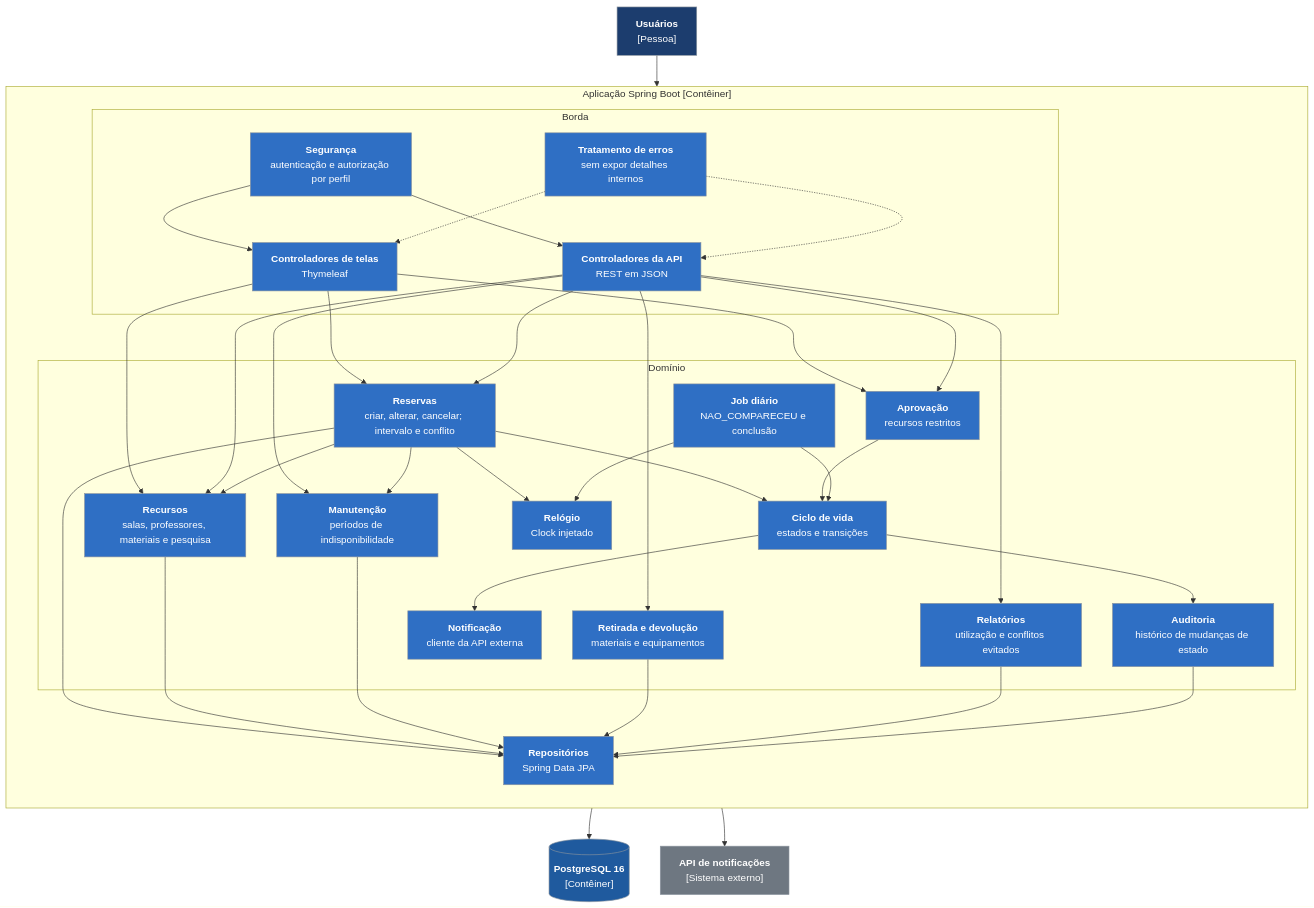
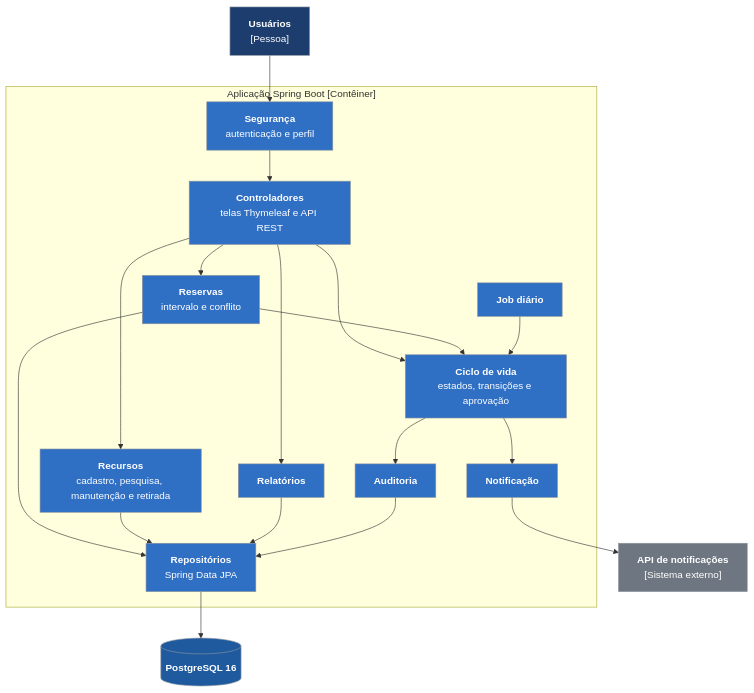
The third of 3 diagrams in docs/arquitetura.md (renatarsilva/projeto-qualidade-software-senac), drawn with Mermaid before and after one commit. The commit also changed other lines of this file, not shown here.

Commit message:
docs(arquitetura): simplifica o diagrama C4 de componentes (T-10)

````diff
--- a/docs/arquitetura.md
+++ b/docs/arquitetura.md
@@ -209,77 +209,45 @@
 ```mermaid
 flowchart TB
     usuarios["<b>Usuários</b><br/>[Pessoa]"]
 
     subgraph app["Aplicação Spring Boot [Contêiner]"]
-        direction TB
-
-        subgraph borda["Borda"]
-            seguranca["<b>Segurança</b><br/>autenticação e autorização por perfil"]
-            telas["<b>Controladores de telas</b><br/>Thymeleaf"]
-            api["<b>Controladores da API</b><br/>REST em JSON"]
-            erros["<b>Tratamento de erros</b><br/>sem expor detalhes internos"]
-        end
-
-        subgraph dominio["Domínio"]
-            reservas["<b>Reservas</b><br/>criar, alterar, cancelar; intervalo e conflito"]
-            ciclo["<b>Ciclo de vida</b><br/>estados e transições"]
-            aprovacao["<b>Aprovação</b><br/>recursos restritos"]
-            recursos["<b>Recursos</b><br/>salas, professores, materiais e pesquisa"]
-            manutencao["<b>Manutenção</b><br/>períodos de indisponibilidade"]
-            retirada["<b>Retirada e devolução</b><br/>materiais e equipamentos"]
-            relatorios["<b>Relatórios</b><br/>utilização e conflitos evitados"]
-            auditoria["<b>Auditoria</b><br/>histórico de mudanças de estado"]
-            notificacao["<b>Notificação</b><br/>cliente da API externa"]
-            job["<b>Job diário</b><br/>NAO_COMPARECEU e conclusão"]
-            relogio["<b>Relógio</b><br/>Clock injetado"]
-        end
-
+        seguranca["<b>Segurança</b><br/>autenticação e perfil"]
+        controladores["<b>Controladores</b><br/>telas Thymeleaf e API REST"]
+        reservas["<b>Reservas</b><br/>intervalo e conflito"]
+        ciclo["<b>Ciclo de vida</b><br/>estados, transições e aprovação"]
+        recursos["<b>Recursos</b><br/>cadastro, pesquisa, manutenção e retirada"]
+        relatorios["<b>Relatórios</b>"]
+        auditoria["<b>Auditoria</b>"]
+        notificacao["<b>Notificação</b>"]
+        job["<b>Job diário</b>"]
         repos["<b>Repositórios</b><br/>Spring Data JPA"]
     end
 
-    db[("<b>PostgreSQL 16</b><br/>[Contêiner]")]
+    db[("<b>PostgreSQL 16</b>")]
     ext["<b>API de notificações</b><br/>[Sistema externo]"]
 
-    usuarios --> seguranca
-    seguranca --> telas
-    seguranca --> api
-    telas --> reservas
-    api --> reservas
-    telas --> recursos
-    api --> recursos
-    telas --> aprovacao
-    api --> aprovacao
-    api --> manutencao
-    api --> retirada
-    api --> relatorios
-    erros -.-> telas
-    erros -.-> api
-
+    usuarios --> seguranca --> controladores
+    controladores --> reservas
+    controladores --> recursos
+    controladores --> relatorios
+    controladores --> ciclo
     reservas --> ciclo
-    reservas --> recursos
-    reservas --> manutencao
-    reservas --> relogio
-    aprovacao --> ciclo
     job --> ciclo
-    job --> relogio
     ciclo --> auditoria
     ciclo --> notificacao
-
     reservas --> repos
     recursos --> repos
-    manutencao --> repos
-    retirada --> repos
     relatorios --> repos
     auditoria --> repos
     repos --> db
     notificacao --> ext
 
     classDef pessoa fill:#1c3d6e,stroke:#8b949e,color:#ffffff
     classDef componente fill:#2f6fc4,stroke:#8b949e,color:#ffffff
     classDef conteiner fill:#1f5a9e,stroke:#8b949e,color:#ffffff
     classDef externo fill:#6e7781,stroke:#8b949e,color:#ffffff
     class usuarios pessoa
-    class seguranca,telas,api,erros,reservas,ciclo,aprovacao,recursos,manutencao,retirada,relatorios,auditoria,notificacao,job,relogio,repos componente
+    class seguranca,controladores,reservas,ciclo,recursos,relatorios,auditoria,notificacao,job,repos componente
     class db conteiner
     class ext externo
 ```
````
